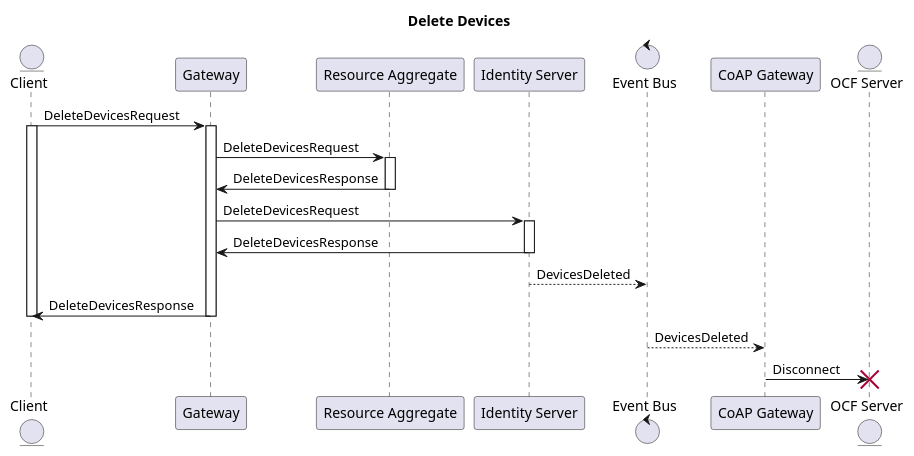
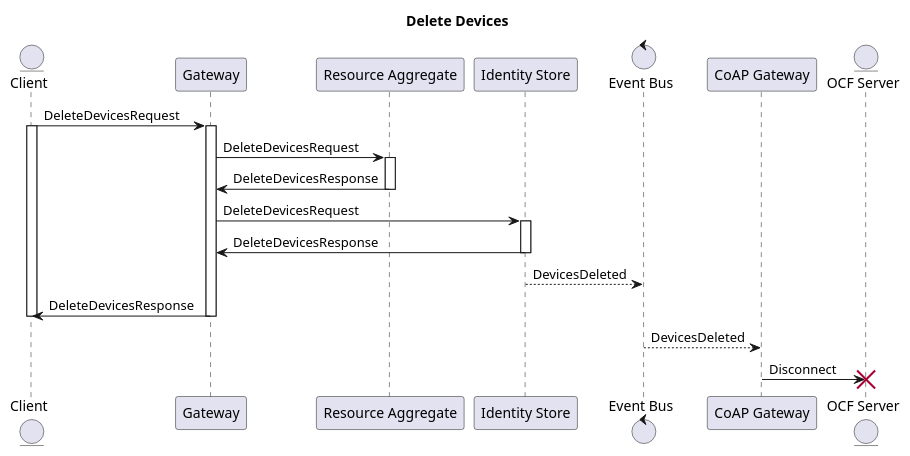
Diagram 11 of 11 in resource-aggregate/.plantuml (plgd-dev/hub), drawn with PlantUML before and after one commit. The commit also changed 103 other files, not shown here.

Commit message:
Use consistent naming for identity-store

```diff
--- a/resource-aggregate/.plantuml
+++ b/resource-aggregate/.plantuml
@@ -301,30 +301,30 @@
 @startuml
 title "Delete Devices"
 
 entity "Client" as Client
 participant "Gateway" as Gateway
 participant "Resource Aggregate" as ResourceAggregate
-participant "Identity Server" as IdentityServer
+participant "Identity Store" as IdentityStore
 control "Event Bus" as Bus
 participant "CoAP Gateway" as CGateway
 entity "OCF Server" as Server
 
 Client -> Gateway: DeleteDevicesRequest
 activate Client
 activate Gateway
 Gateway -> ResourceAggregate : DeleteDevicesRequest
 activate ResourceAggregate
 ResourceAggregate -> Gateway : DeleteDevicesResponse
 deactivate ResourceAggregate
-Gateway -> IdentityServer : DeleteDevicesRequest
-activate IdentityServer
-IdentityServer -> Gateway : DeleteDevicesResponse
-deactivate IdentityServer
-IdentityServer --> Bus: DevicesDeleted
+Gateway -> IdentityStore : DeleteDevicesRequest
+activate IdentityStore
+IdentityStore -> Gateway : DeleteDevicesResponse
+deactivate IdentityStore
+IdentityStore --> Bus: DevicesDeleted
 Gateway -> Client: DeleteDevicesResponse
 deactivate Gateway
 deactivate Client
 Bus --> CGateway: DevicesDeleted
 CGateway -> Server : Disconnect
 destroy Server
 @enduml
```
